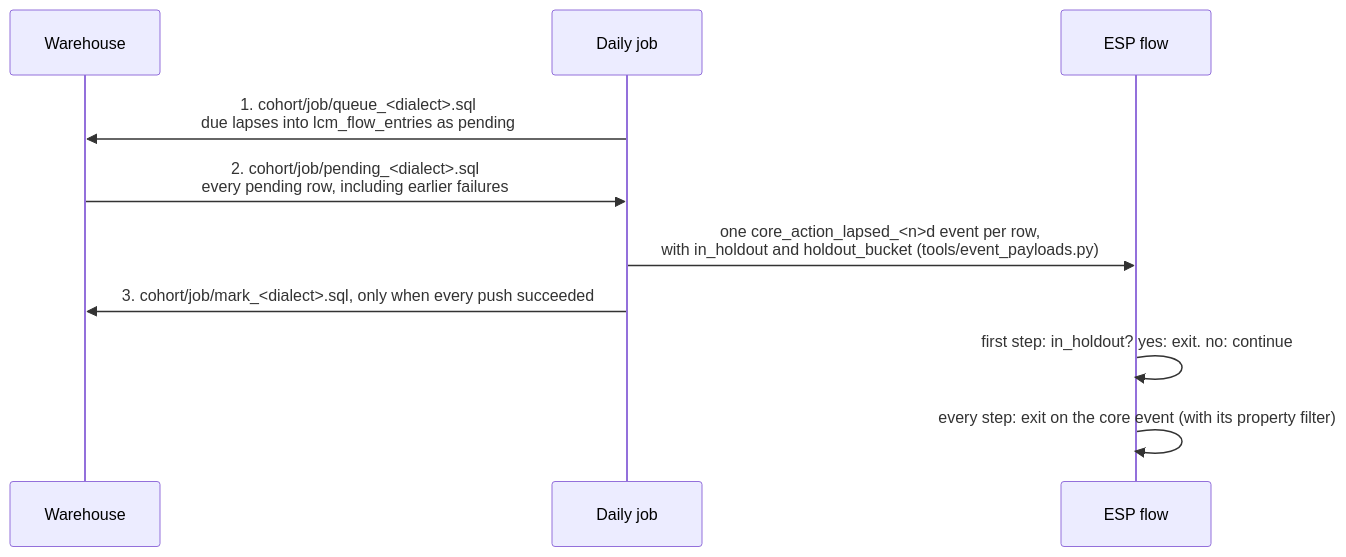
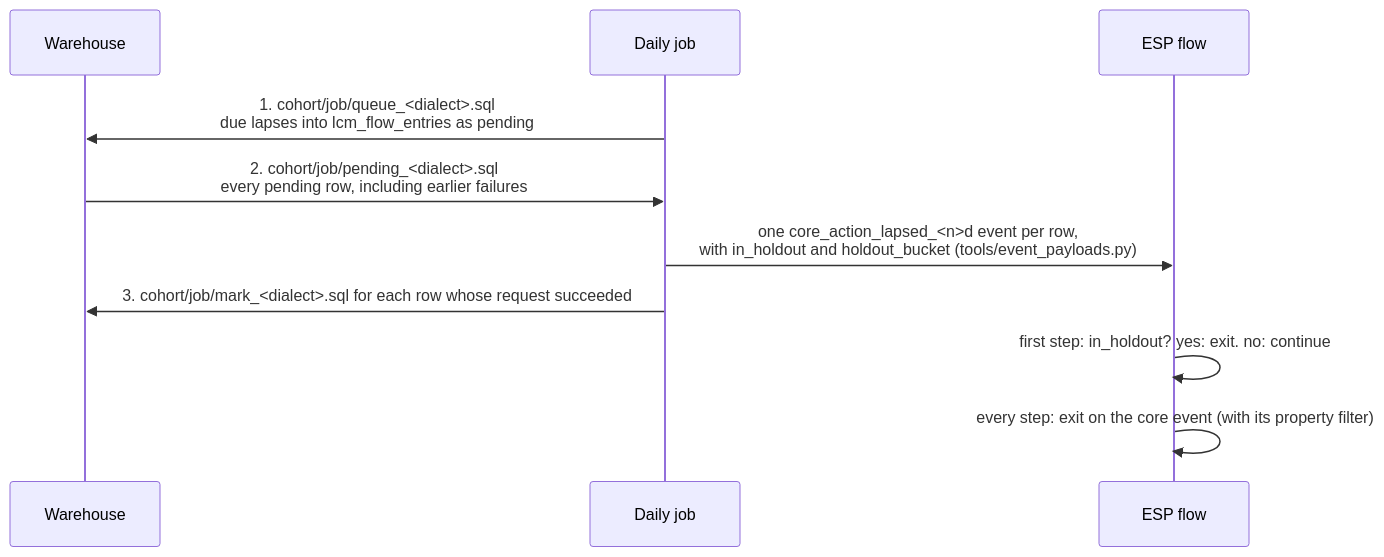
One commit to kyle-olmstead/lifecycle-marketing-claude-engine changed the second of 2 diagrams in docs/architectural_overview.md. Above: the diagram before and after it, drawn with Mermaid. The commit also changed other lines of this file and 14 other files, not shown here.

````diff
--- a/docs/architectural_overview.md
+++ b/docs/architectural_overview.md
@@ -45,12 +45,12 @@
 ```mermaid
 sequenceDiagram
     participant WH as Warehouse
     participant Job as Daily job
     participant ESP as ESP flow
     Job->>WH: 1. cohort/job/queue_<dialect>.sql<br/>due lapses into lcm_flow_entries as pending
     WH->>Job: 2. cohort/job/pending_<dialect>.sql<br/>every pending row, including earlier failures
     Job->>ESP: one core_action_lapsed_<n>d event per row,<br/>with in_holdout and holdout_bucket (tools/event_payloads.py)
-    Job->>WH: 3. cohort/job/mark_<dialect>.sql, only when every push succeeded
+    Job->>WH: 3. cohort/job/mark_<dialect>.sql for each row whose request succeeded
     ESP->>ESP: first step: in_holdout? yes: exit. no: continue
     ESP->>ESP: every step: exit on the core event (with its property filter)
 ```
````
